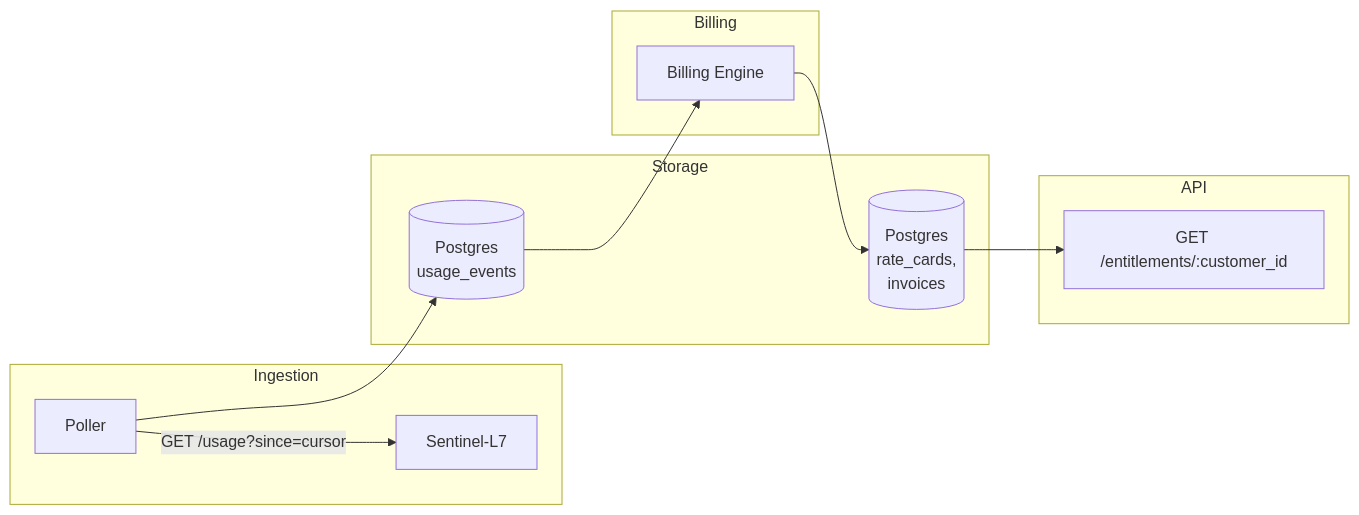
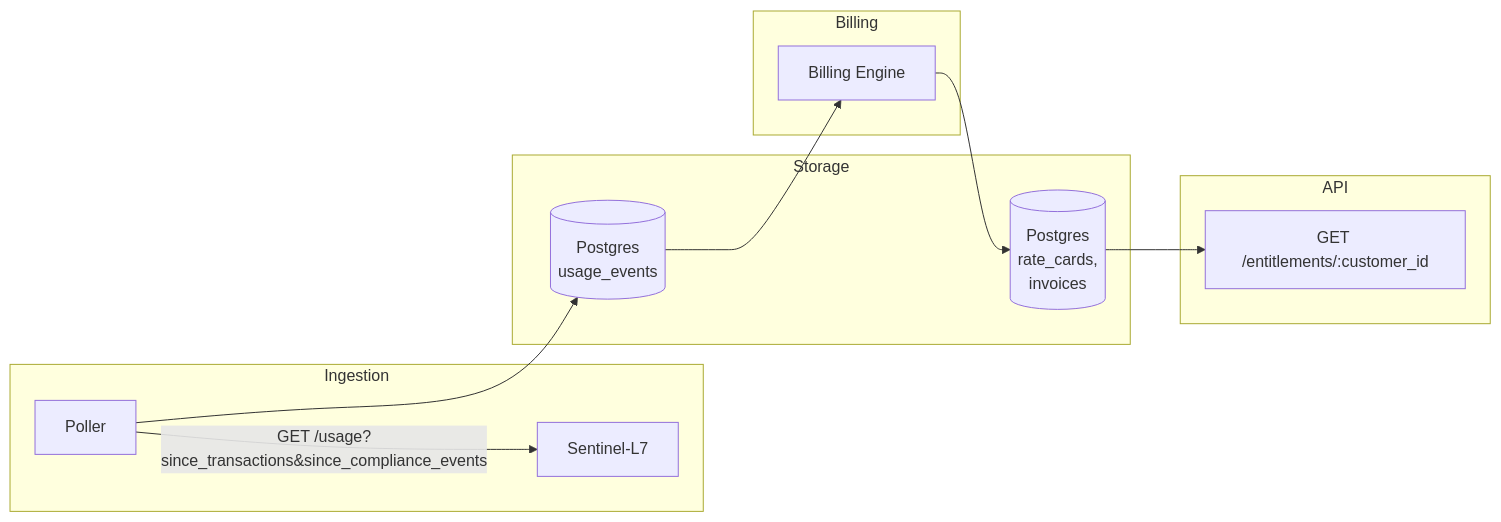
One commit to obrienma/Ledger-L5 changed the diagram in README.md. Above: the diagram before and after it, drawn with Mermaid. The commit also changed other lines of this file and 20 other files, not shown here.

First line of the commit message:
feat(usage-ingestion): pull and classify usage from Sentinel-L7   (Phase 2)

````diff
--- a/README.md
+++ b/README.md
@@ -68,20 +69,20 @@
 ```mermaid
 flowchart LR
     subgraph Ingestion
-        A[Poller] -->|GET /usage?since=cursor| B[Sentinel-L7]
+        A[Poller] -->|GET /usage?since_transactions&since_compliance_events| B[Sentinel-L7]
     end
     subgraph Storage
         C[(Postgres<br/>usage_events)]
         D[(Postgres<br/>rate_cards,<br/>invoices)]
     end
     subgraph Billing
         E[Billing Engine]
     end
     subgraph API
         F[GET /entitlements/:customer_id]
     end
     A --> C
     C --> E
     E --> D
     D --> F
 ```
````
